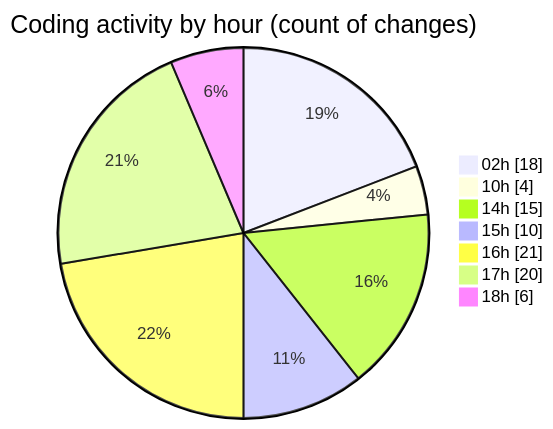
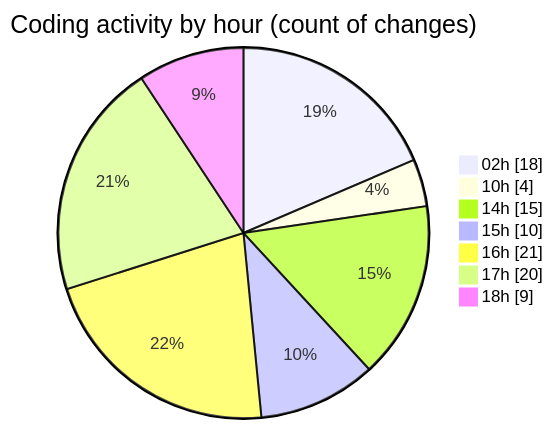
Before and after one commit to julien-gomy/code-tracking: the second of 2 diagrams in 2025-10-15/eventscop-frontend-guide__workspace_/README.md, drawn with Mermaid. The commit also changed other lines of this file and 1 other file, not shown here.

````diff
--- a/2025-10-15/eventscop-frontend-guide__workspace_/README.md
+++ b/2025-10-15/eventscop-frontend-guide__workspace_/README.md
@@ -56,11 +56,11 @@
 ```mermaid
 pie showData
 title Coding activity by hour (count of changes)
 "02h" : 18
 "10h" : 4
 "14h" : 15
 "15h" : 10
 "16h" : 21
 "17h" : 20
-"18h" : 6
+"18h" : 9
 ```
````
